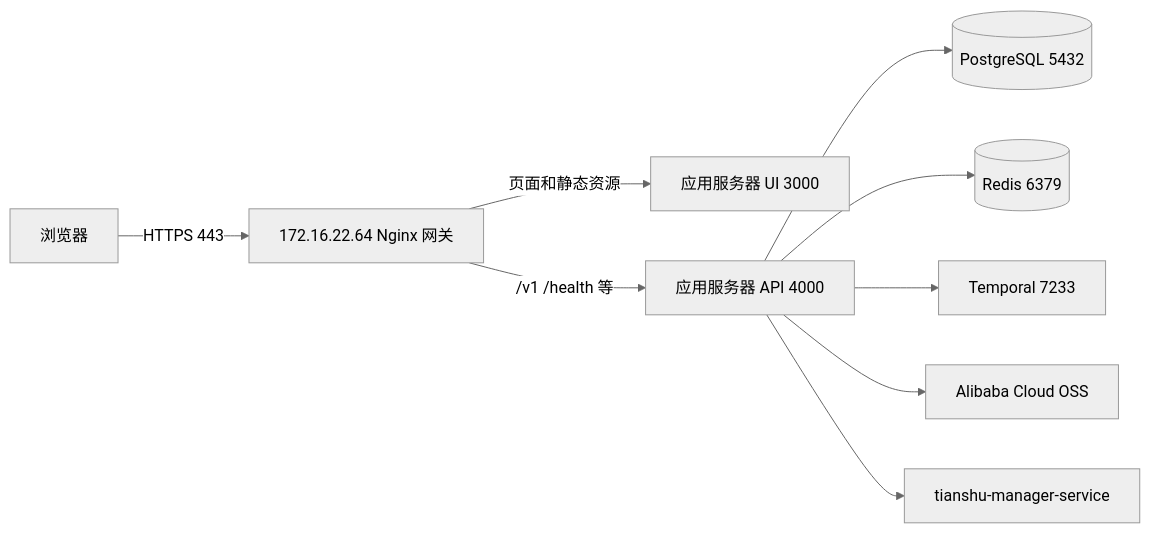
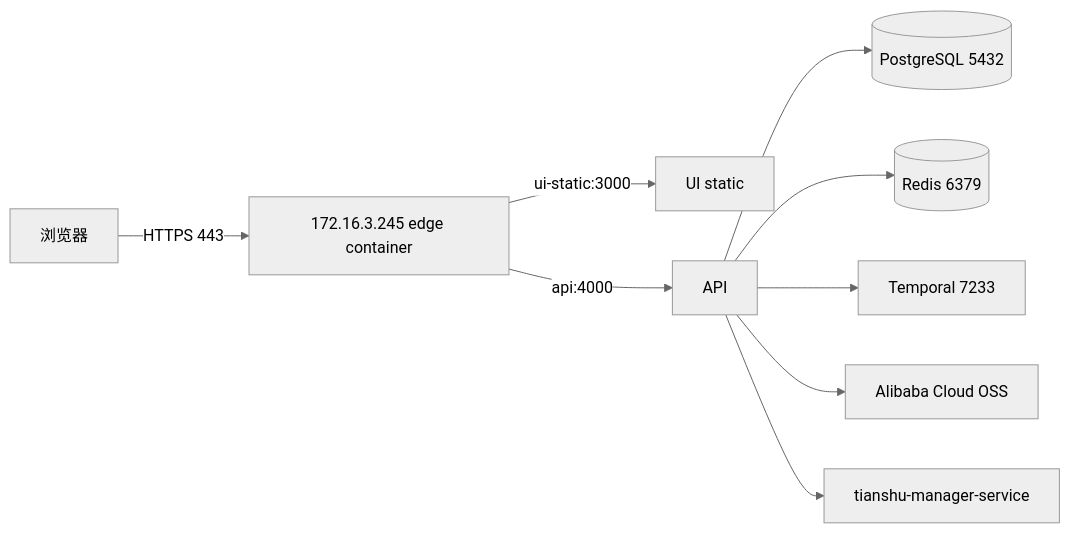
Before and after one commit to ruijie-huachongwei/autonoma: the diagram in deployment/ruijie/autonoma-test.md, drawn with Mermaid (neutral theme). The commit also changed other lines of this file and 1 other file, not shown here.

````diff
--- a/deployment/ruijie/autonoma-test.md
+++ b/deployment/ruijie/autonoma-test.md
@@ -34,11 +34,11 @@
 ```mermaid
 flowchart LR
-    B[浏览器] -->|HTTPS 443| G[172.16.22.64 Nginx 网关]
-    G -->|页面和静态资源| U[应用服务器 UI 3000]
-    G -->|/v1 /health 等| A[应用服务器 API 4000]
+  B[浏览器] -->|HTTPS 443| G[172.16.3.245 edge container]
+  G -->|ui-static:3000| U[UI static]
+  G -->|api:4000| A[API]
     A --> P[(PostgreSQL 5432)]
     A --> R[(Redis 6379)]
     A --> T[Temporal 7233]
     A --> S[Alibaba Cloud OSS]
     A --> C[tianshu-manager-service]
 ```
````
